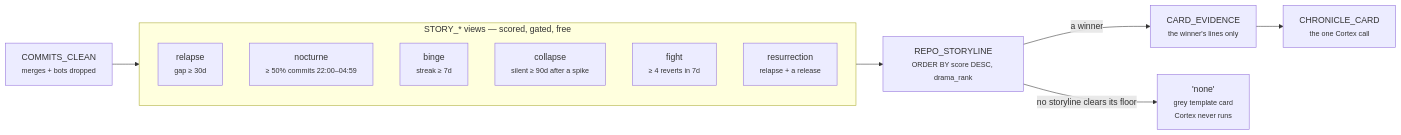
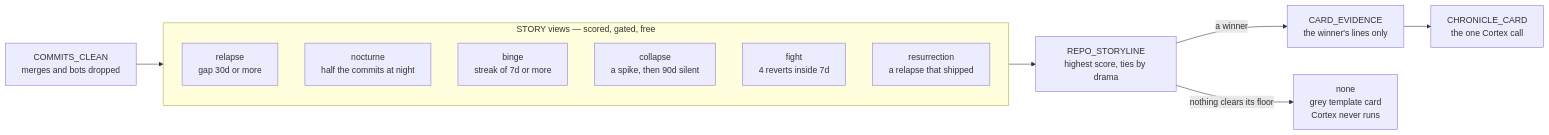
Before and after one commit to anchildress1/commit-chronicles: the third of 3 diagrams in README.md, drawn with Mermaid. The commit also changed other lines of this file and 2 other files, not shown here.

First line of the commit message:
fix(docs): strip HTML from Mermaid labels so GitHub renders them

````diff
--- a/README.md
+++ b/README.md
@@ -189,26 +189,26 @@
 ```mermaid
 flowchart LR
     accTitle: The SQL detector
     accDescr: COMMITS_CLEAN feeds six storyline views, each gated on a minimum commit count. Their scores union into STORYLINE_SCORES, and REPO_STORYLINE picks the single highest score, breaking ties by drama rank. CARD_EVIDENCE then selects only the winning thread's commit lines for Cortex.
 
-    C["COMMITS_CLEAN<br/><small>merges + bots dropped</small>"]
+    C["COMMITS_CLEAN<br/>merges and bots dropped"]
 
-    subgraph SC["STORY_* views — scored, gated, free"]
+    subgraph SC["STORY views — scored, gated, free"]
         direction TB
-        R["relapse<br/><small>gap ≥ 30d</small>"]
-        N["nocturne<br/><small>≥ 50% commits 22:00–04:59</small>"]
-        B["binge<br/><small>streak ≥ 7d</small>"]
-        X["collapse<br/><small>silent ≥ 90d after a spike</small>"]
-        F["fight<br/><small>≥ 4 reverts in 7d</small>"]
-        S["resurrection<br/><small>relapse + a release</small>"]
+        R["relapse<br/>gap 30d or more"]
+        N["nocturne<br/>half the commits at night"]
+        B["binge<br/>streak of 7d or more"]
+        X["collapse<br/>a spike, then 90d silent"]
+        F["fight<br/>4 reverts inside 7d"]
+        S["resurrection<br/>a relapse that shipped"]
     end
 
-    W["REPO_STORYLINE<br/><small>ORDER BY score DESC, drama_rank</small>"]
-    E["CARD_EVIDENCE<br/><small>the winner's lines only</small>"]
-    AI["CHRONICLE_CARD<br/><small>the one Cortex call</small>"]
-    NONE["'none'<br/><small>grey template card<br/>Cortex never runs</small>"]
+    W["REPO_STORYLINE<br/>highest score, ties by drama"]
+    E["CARD_EVIDENCE<br/>the winner's lines only"]
+    AI["CHRONICLE_CARD<br/>the one Cortex call"]
+    NONE["none<br/>grey template card<br/>Cortex never runs"]
 
     C --> SC --> W
     W -->|"a winner"| E --> AI
-    W -->|"no storyline clears its floor"| NONE
+    W -->|"nothing clears its floor"| NONE
 ```
````
